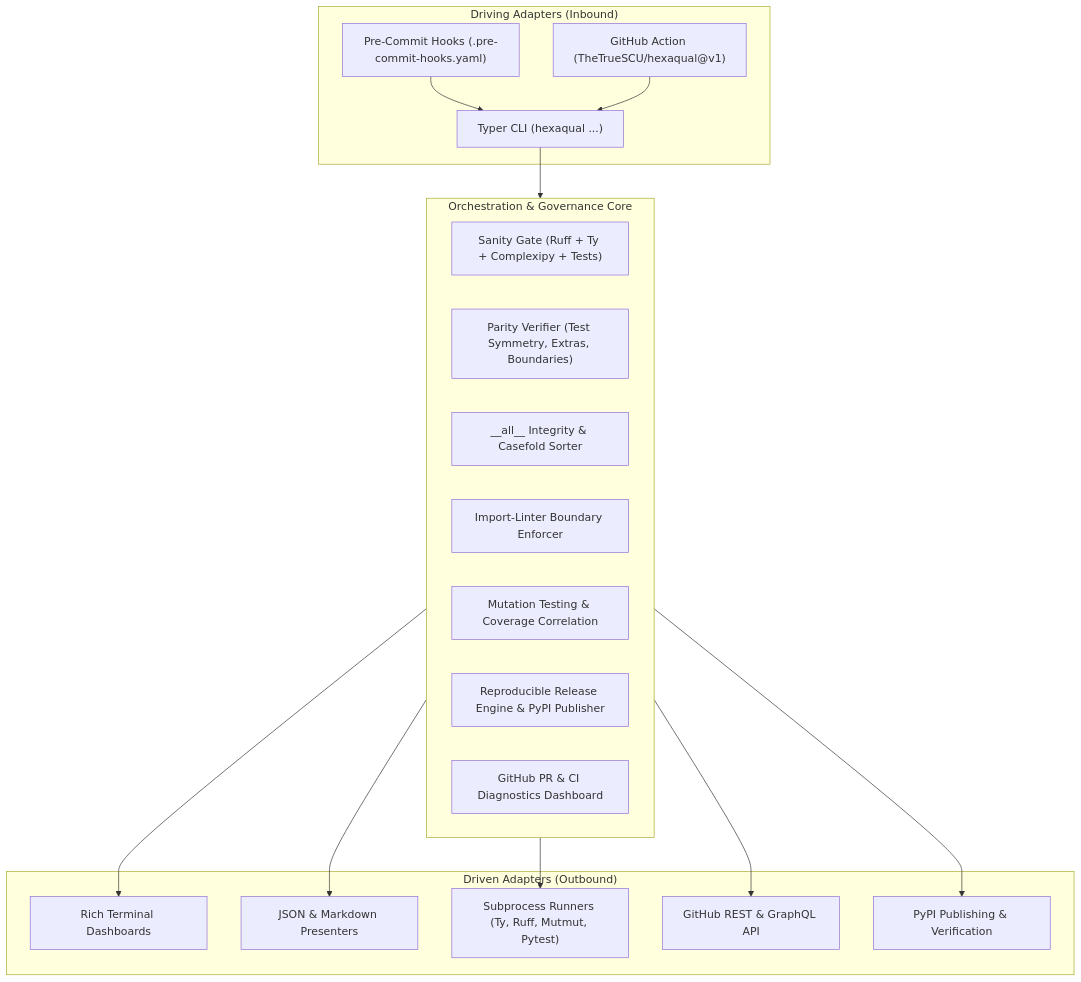
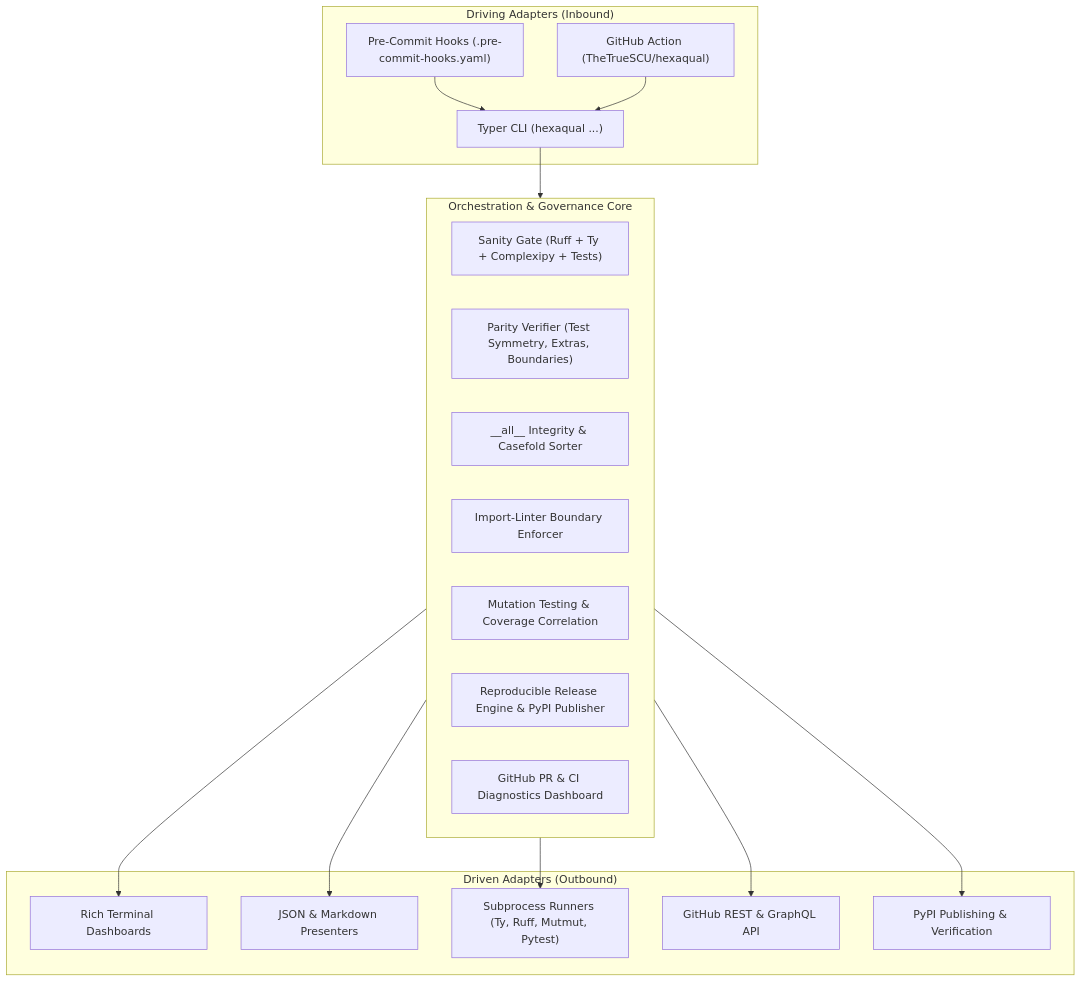
The diagram in docs/index.md (TheTrueSCU/hexaqual), drawn with Mermaid before and after one commit. The commit also changed other lines of this file and 13 other files, not shown here.

````diff
--- a/docs/index.md
+++ b/docs/index.md
@@ -24,36 +24,36 @@
 ```mermaid
 graph TD
     subgraph primary_adapters ["Driving Adapters (Inbound)"]
         CLI["Typer CLI (hexaqual ...)"]
         Hooks["Pre-Commit Hooks (.pre-commit-hooks.yaml)"]
-        Action["GitHub Action (TheTrueSCU/hexaqual@v1)"]
+        Action["GitHub Action (TheTrueSCU/hexaqual)"]
     end
 
     subgraph orchestration ["Orchestration & Governance Core"]
         Sanity["Sanity Gate (Ruff + Ty + Complexipy + Tests)"]
         Parity["Parity Verifier (Test Symmetry, Extras, Boundaries)"]
         Statements["__all__ Integrity & Casefold Sorter"]
         Imports["Import-Linter Boundary Enforcer"]
         Mutate["Mutation Testing & Coverage Correlation"]
         Release["Reproducible Release Engine & PyPI Publisher"]
         GH["GitHub PR & CI Diagnostics Dashboard"]
     end
 
     subgraph driven_adapters ["Driven Adapters (Outbound)"]
         RichUI["Rich Terminal Dashboards"]
         Formats["JSON & Markdown Presenters"]
         Subproc["Subprocess Runners (Ty, Ruff, Mutmut, Pytest)"]
         GhAPI["GitHub REST & GraphQL API"]
         PyPiAPI["PyPI Publishing & Verification"]
     end
 
     CLI --> orchestration
     Hooks --> CLI
     Action --> CLI
 
     orchestration --> RichUI
     orchestration --> Formats
     orchestration --> Subproc
     orchestration --> GhAPI
     orchestration --> PyPiAPI
 ```
````
